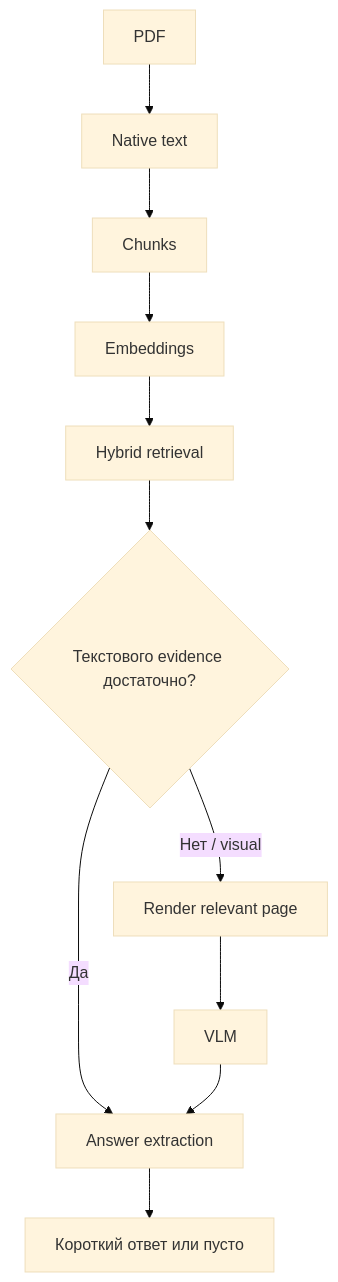
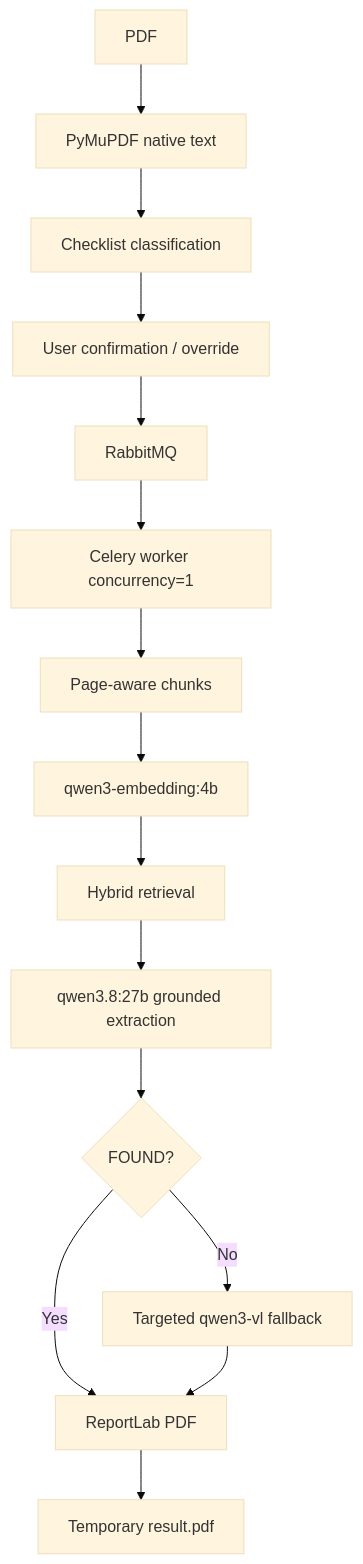
Before and after one commit to Amadu-A/tz-checklist-ai: the diagram in Readme.md, drawn with Mermaid (base theme). The commit also changed other lines of this file and 4 other files, not shown here.

````diff
--- a/Readme.md
+++ b/Readme.md
@@ -76,13 +78,17 @@
 ```mermaid
 flowchart TD
-    PDF[PDF] --> NATIVE[Native text]
-    NATIVE --> CHUNKS[Chunks]
-    CHUNKS --> EMB[Embeddings]
+    PDF[PDF] --> TEXT[PyMuPDF native text]
+    TEXT --> CLASS[Checklist classification]
+    CLASS --> CONFIRM[User confirmation / override]
+    CONFIRM --> MQ[RabbitMQ]
+    MQ --> WORKER[Celery worker concurrency=1]
+    WORKER --> CHUNKS[Page-aware chunks]
+    CHUNKS --> EMB[qwen3-embedding:4b]
     EMB --> RET[Hybrid retrieval]
-    RET --> EVIDENCE{Текстового evidence достаточно?}
-    EVIDENCE -- Да --> EXTRACT[Answer extraction]
-    EVIDENCE -- Нет / visual --> PAGE[Render relevant page]
-    PAGE --> VLM[VLM]
-    VLM --> EXTRACT
-    EXTRACT --> ANSWER[Короткий ответ или пусто]
+    RET --> LLM[qwen3.8:27b grounded extraction]
+    LLM --> CHECK{FOUND?}
+    CHECK -- Yes --> REPORT[ReportLab PDF]
+    CHECK -- No --> VLM[Targeted qwen3-vl fallback]
+    VLM --> REPORT
+    REPORT --> RESULT[Temporary result.pdf]
 ```
````
